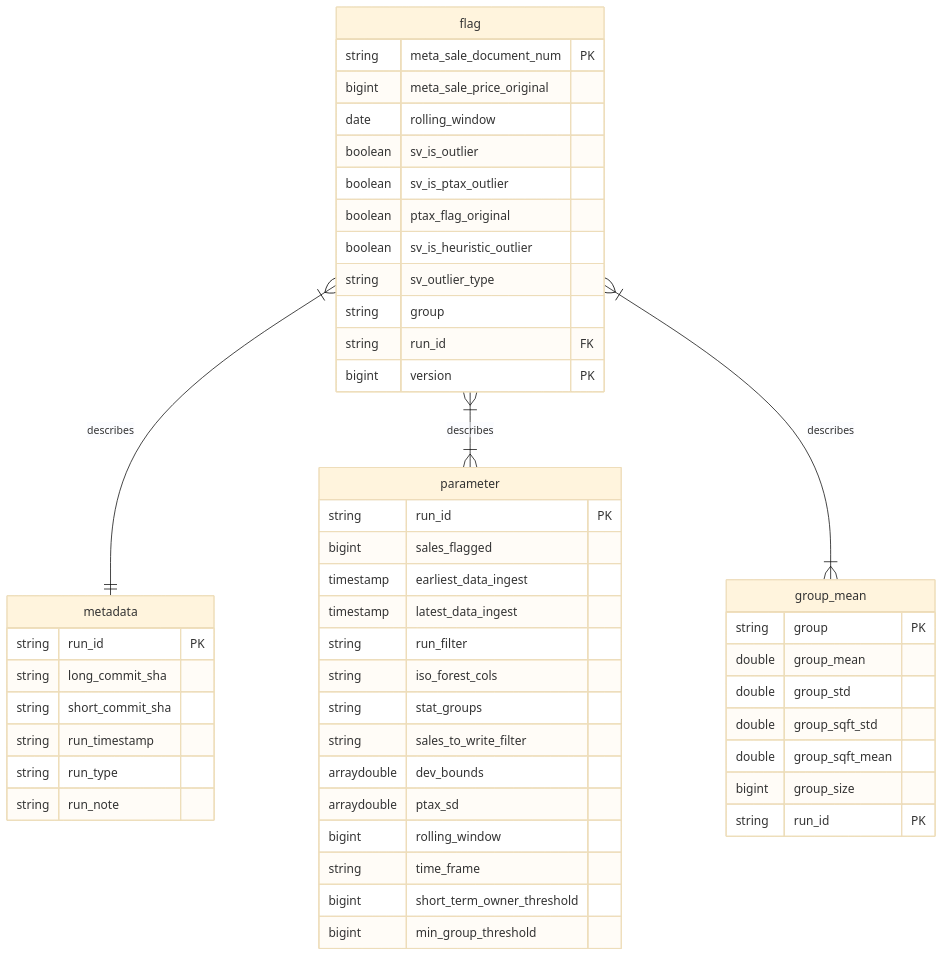
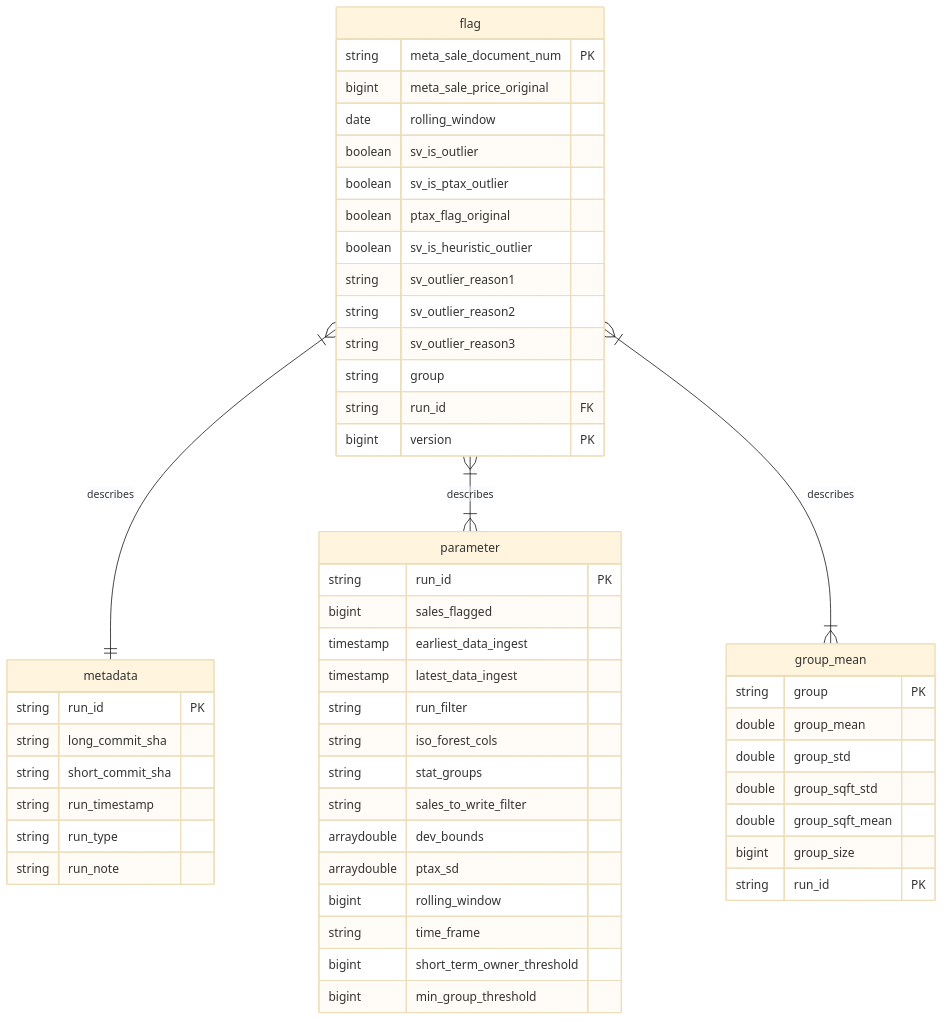
The second of 2 diagrams in README.md (ccao-data/model-sales-val), drawn with Mermaid (base theme) before and after one commit. The commit also changed other lines of this file, not shown here.

````diff
--- a/README.md
+++ b/README.md
@@ -253,56 +189,58 @@
 ```mermaid
 erDiagram
     flag }|--|| metadata : describes
     flag }|--|{ parameter : describes
     flag }|--|{ group_mean : describes
 
     flag {
         string meta_sale_document_num PK
         bigint meta_sale_price_original
         date rolling_window
         boolean sv_is_outlier
         boolean sv_is_ptax_outlier
         boolean ptax_flag_original
         boolean sv_is_heuristic_outlier
-        string sv_outlier_type
+        string sv_outlier_reason1
+        string sv_outlier_reason2
+        string sv_outlier_reason3
         string group
         string run_id FK
         bigint version PK
     }
 
     metadata {
         string run_id PK
         string long_commit_sha
         string short_commit_sha
         string run_timestamp
         string run_type
         string run_note 
     }
 
     parameter {
         string run_id PK
         bigint sales_flagged
         timestamp earliest_data_ingest
         timestamp latest_data_ingest
         string run_filter
         string iso_forest_cols
         string stat_groups
         string sales_to_write_filter
         arraydouble dev_bounds
         arraydouble ptax_sd
         bigint rolling_window
         string time_frame
         bigint short_term_owner_threshold
         bigint min_group_threshold
     }
 
     group_mean {
         string group PK
         double group_mean
         double group_std
         double group_sqft_std
         double group_sqft_mean
         bigint group_size
         string run_id PK
     }
 ```
````
